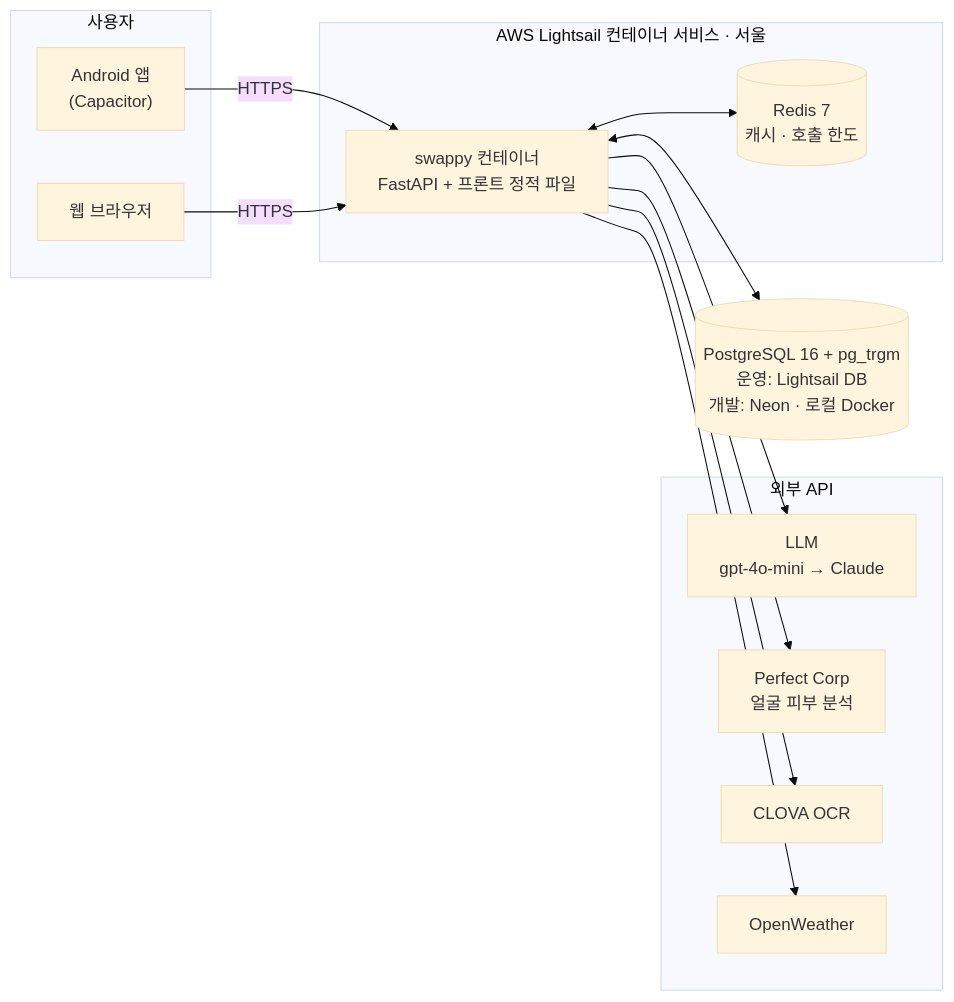
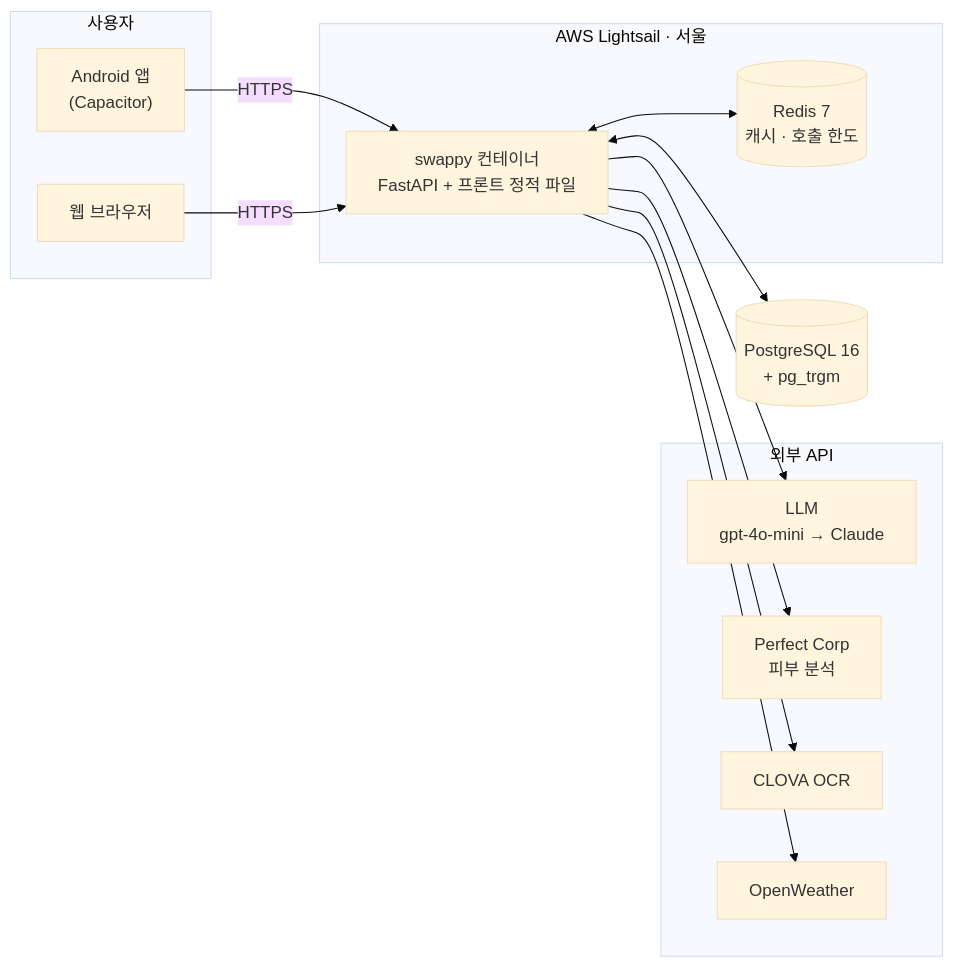
The diagram in README.md (EunSeong-Jo/capstone), drawn with Mermaid (base theme) before and after one commit. The commit also changed other lines of this file and 10 other files, not shown here.

````diff
--- a/README.md
+++ b/README.md
@@ -67,30 +42,27 @@
 ```mermaid
 flowchart LR
     subgraph Client["사용자"]
         APK["Android 앱<br/>(Capacitor)"]
         WEB["웹 브라우저"]
     end
 
-    subgraph AWS["AWS Lightsail 컨테이너 서비스 · 서울"]
+    subgraph AWS["AWS Lightsail · 서울"]
         API["swappy 컨테이너<br/>FastAPI + 프론트 정적 파일"]
         REDIS[("Redis 7<br/>캐시 · 호출 한도")]
     end
 
-    DB[("PostgreSQL 16 + pg_trgm<br/>운영: Lightsail DB<br/>개발: Neon · 로컬 Docker")]
+    DB[("PostgreSQL 16<br/>+ pg_trgm")]
 
     subgraph EXT["외부 API"]
         LLM["LLM<br/>gpt-4o-mini → Claude"]
-        PC["Perfect Corp<br/>얼굴 피부 분석"]
+        PC["Perfect Corp<br/>피부 분석"]
         OCR["CLOVA OCR"]
         WX["OpenWeather"]
     end
 
     APK -- HTTPS --> API
     WEB -- HTTPS --> API
     API <--> REDIS
     API <--> DB
-    API --> LLM
-    API --> PC
-    API --> OCR
-    API --> WX
+    API --> LLM & PC & OCR & WX
 ```
````
